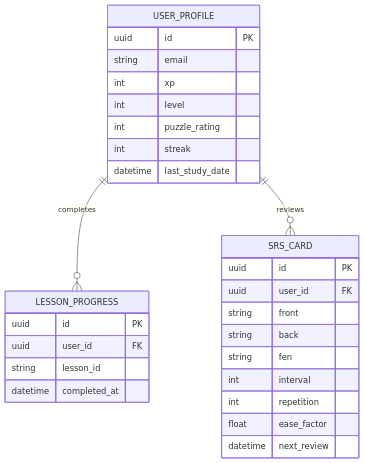
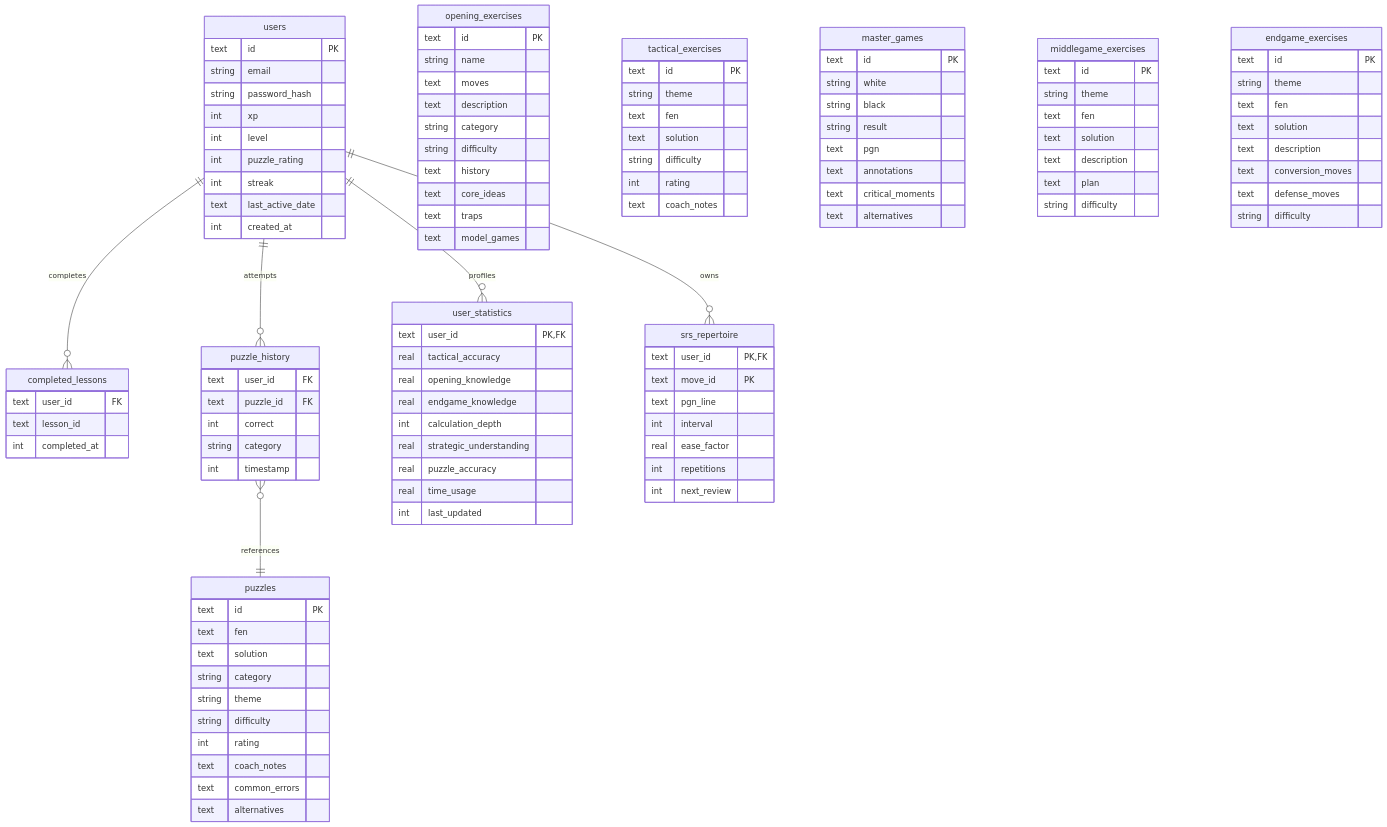
Before and after one commit to dayashimoga/chesspro: the diagram in docs/DATABASE.md, drawn with Mermaid. The commit also changed other lines of this file and 37 other files, not shown here.

````diff
--- a/docs/DATABASE.md
+++ b/docs/DATABASE.md
@@ -5,34 +7,124 @@
 ```mermaid
 erDiagram
-  USER_PROFILE {
-    uuid id PK
+  users {
+    text id PK
     string email
+    string password_hash
     int xp
     int level
     int puzzle_rating
     int streak
-    datetime last_study_date
+    text last_active_date
+    int created_at
   }
   
-  LESSON_PROGRESS {
-    uuid id PK
-    uuid user_id FK
-    string lesson_id
-    datetime completed_at
+  completed_lessons {
+    text user_id FK
+    text lesson_id
+    int completed_at
   }
 
-  SRS_CARD {
-    uuid id PK
-    uuid user_id FK
-    string front
-    string back
-    string fen
-    int interval
-    int repetition
-    float ease_factor
-    datetime next_review
+  puzzle_history {
+    text user_id FK
+    text puzzle_id FK
+    int correct
+    string category
+    int timestamp
   }
 
-  USER_PROFILE ||--o{ LESSON_PROGRESS : "completes"
-  USER_PROFILE ||--o{ SRS_CARD : "reviews"
+  puzzles {
+    text id PK
+    text fen
+    text solution
+    string category
+    string theme
+    string difficulty
+    int rating
+    text coach_notes
+    text common_errors
+    text alternatives
+  }
+
+  opening_exercises {
+    text id PK
+    string name
+    text moves
+    text description
+    string category
+    string difficulty
+    text history
+    text core_ideas
+    text traps
+    text model_games
+  }
+
+  tactical_exercises {
+    text id PK
+    string theme
+    text fen
+    text solution
+    string difficulty
+    int rating
+    text coach_notes
+  }
+
+  master_games {
+    text id PK
+    string white
+    string black
+    string result
+    text pgn
+    text annotations
+    text critical_moments
+    text alternatives
+  }
+
+  middlegame_exercises {
+    text id PK
+    string theme
+    text fen
+    text solution
+    text description
+    text plan
+    string difficulty
+  }
+
+  endgame_exercises {
+    text id PK
+    string theme
+    text fen
+    text solution
+    text description
+    text conversion_moves
+    text defense_moves
+    string difficulty
+  }
+
+  user_statistics {
+    text user_id PK, FK
+    real tactical_accuracy
+    real opening_knowledge
+    real endgame_knowledge
+    int calculation_depth
+    real strategic_understanding
+    real puzzle_accuracy
+    real time_usage
+    int last_updated
+  }
+
+  srs_repertoire {
+    text user_id PK, FK
+    text move_id PK
+    text pgn_line
+    int interval
+    real ease_factor
+    int repetitions
+    int next_review
+  }
+
+  users ||--o{ completed_lessons : "completes"
+  users ||--o{ puzzle_history : "attempts"
+  users ||--o{ user_statistics : "profiles"
+  users ||--o{ srs_repertoire : "owns"
+  puzzle_history }o--|| puzzles : "references"
 ```
````
